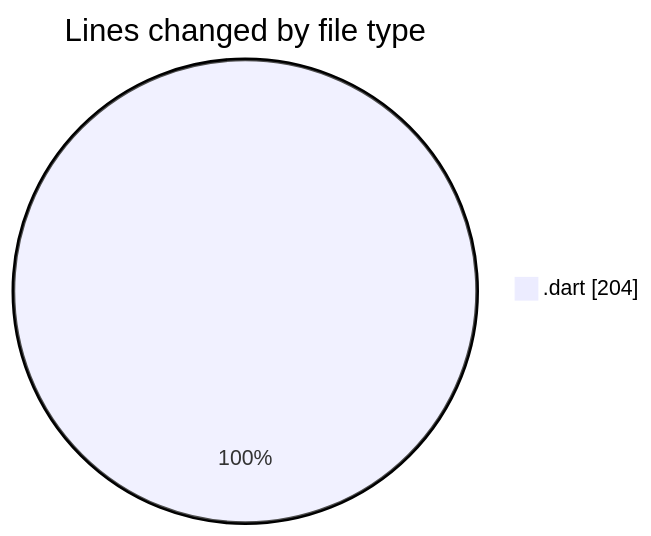
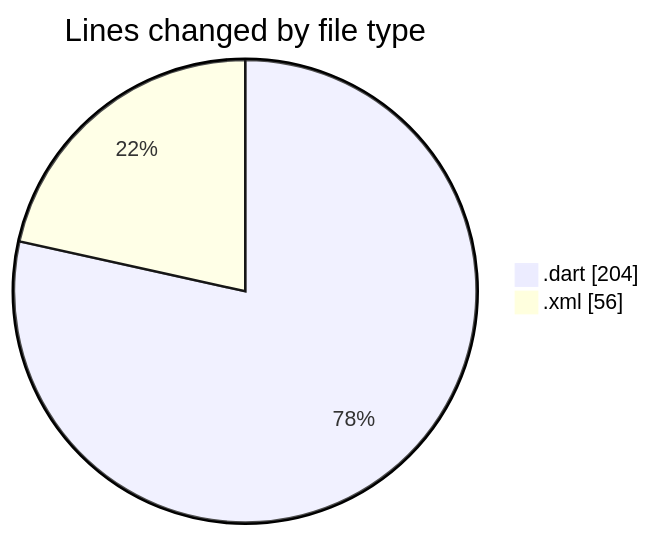
Before and after one commit to donsfak/code-tracking: the first of 2 diagrams in 2025-01-27/maps_clone/README.md, drawn with Mermaid. The commit also changed other lines of this file and 1 other file, not shown here.

````diff
--- a/2025-01-27/maps_clone/README.md
+++ b/2025-01-27/maps_clone/README.md
@@ -20,5 +21,6 @@
 ```mermaid
 pie showData
 title Lines changed by file type
 ".dart" : 204
+".xml" : 56
 ```
````
